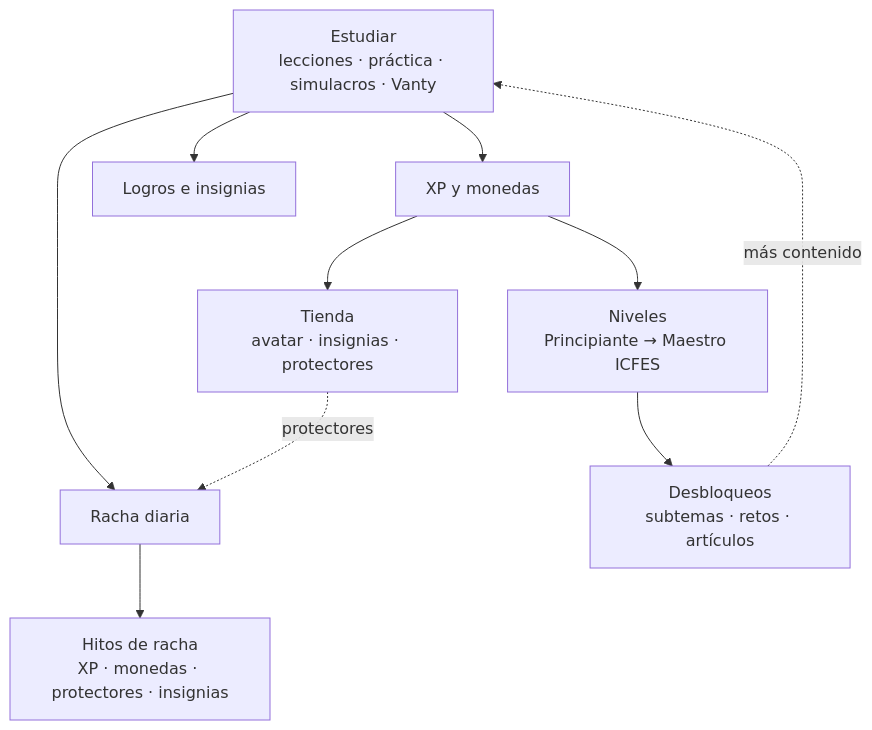
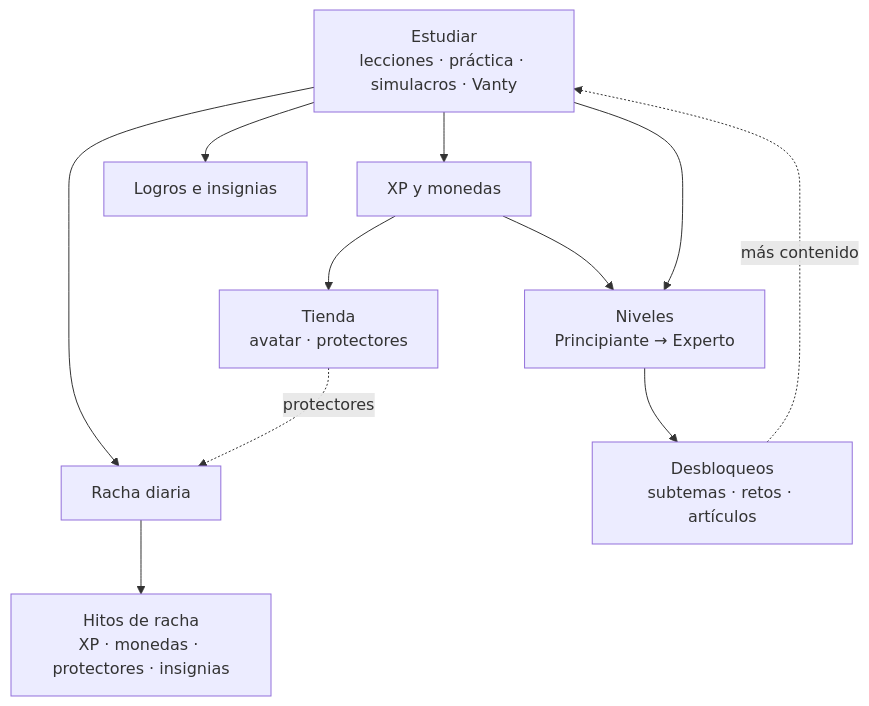
The diagram in docs/GAMIFICACION.md (danisammynto/ICFES-LAB), drawn with Mermaid before and after one commit. The commit also changed other lines of this file and 225 other files, not shown here.

````diff
--- a/docs/GAMIFICACION.md
+++ b/docs/GAMIFICACION.md
@@ -7,13 +7,14 @@
 ```mermaid
 flowchart TB
     A["Estudiar<br/>lecciones · práctica · simulacros · Vanty"]
     A --> B["XP y monedas"]
     A --> R["Racha diaria"]
     A --> L["Logros e insignias"]
-    B --> N["Niveles<br/>Principiante → Maestro ICFES"]
-    B --> T["Tienda<br/>avatar · insignias · protectores"]
+    B --> N["Niveles<br/>Principiante → Experto"]
+    A --> N
+    B --> T["Tienda<br/>avatar · protectores"]
     R --> H["Hitos de racha<br/>XP · monedas · protectores · insignias"]
     T -. "protectores" .-> R
     N --> D["Desbloqueos<br/>subtemas · retos · artículos"]
     D -. "más contenido" .-> A
 ```
````
